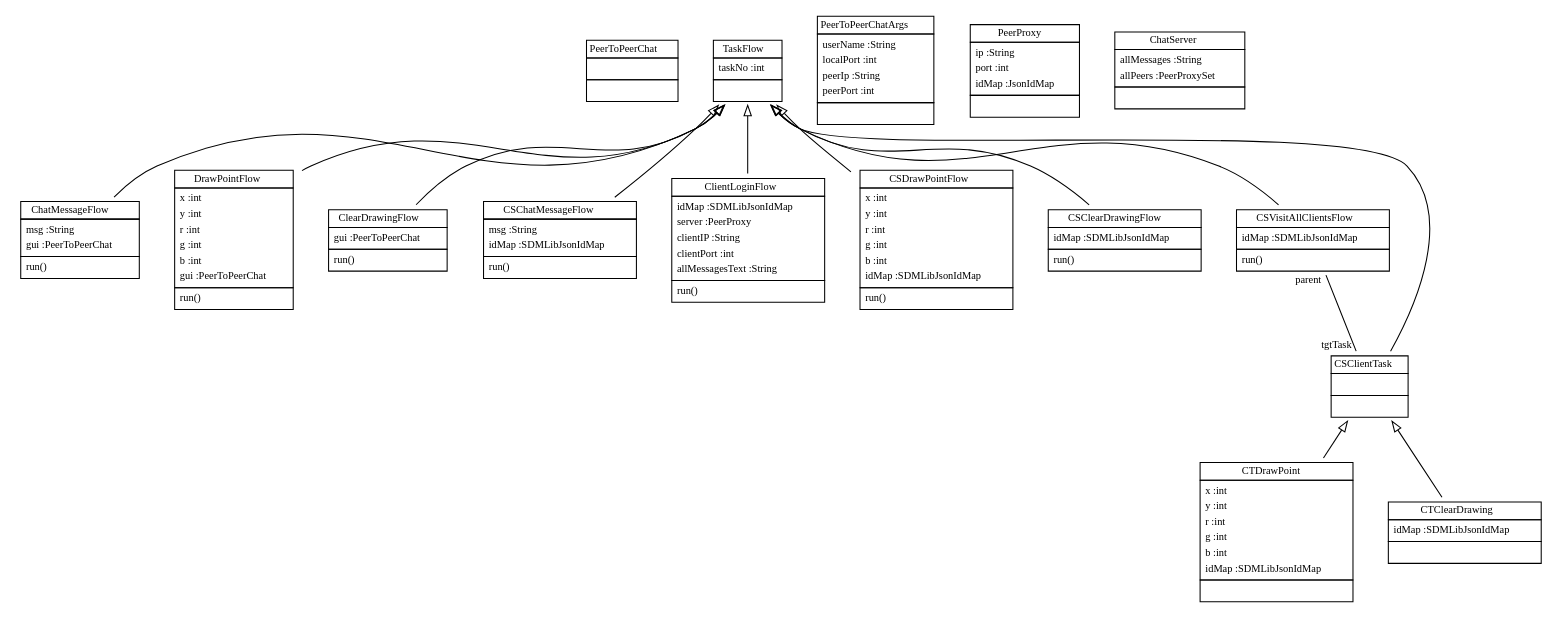
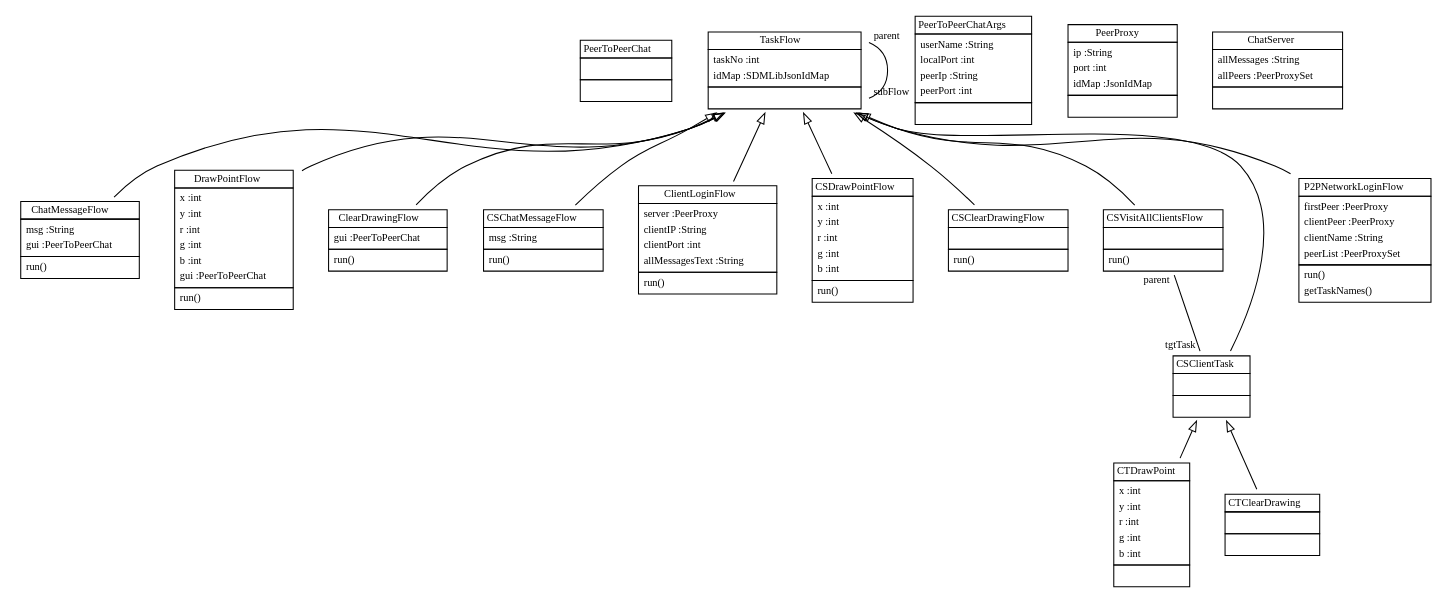
Before and after one commit to fujaba/SDMLib: the diagram in doc/PeerToPeerChatModel.dot, drawn with Graphviz. The commit also changed other lines of this file and 40 other files, not shown here.

```diff
--- a/doc/PeerToPeerChatModel.dot
+++ b/doc/PeerToPeerChatModel.dot
@@ -1,38 +1,41 @@
 
  digraph ClassDiagram {
     node [shape = none, fontsize = 10]; 
     edge [fontsize = 10];
     
     
     _PeerToPeerChat [label=<<table border='0' cellborder='1' cellspacing='0'> <tr> <td HREF="../examples/org/sdmlib/examples/chats/PeerToPeerChat.java">PeerToPeerChat</td> </tr> <tr><td><table border='0' cellborder='0' cellspacing='0'> <tr><td> </td></tr> </table></td></tr> <tr><td><table border='0' cellborder='0' cellspacing='0'> <tr><td> </td></tr> </table></td></tr> </table>>];
-    _TaskFlow [label=<<table border='0' cellborder='1' cellspacing='0'> <tr> <td HREF="../examples/org/sdmlib/model/taskflows/TaskFlow.java">TaskFlow</td> </tr> <tr><td><table border='0' cellborder='0' cellspacing='0'> <tr><td align='left'>taskNo :int</td></tr>  </table></td></tr> <tr><td><table border='0' cellborder='0' cellspacing='0'> <tr><td> </td></tr> </table></td></tr> </table>>];
+    _TaskFlow [label=<<table border='0' cellborder='1' cellspacing='0'> <tr> <td HREF="../examples/org/sdmlib/model/taskflows/TaskFlow.java">TaskFlow</td> </tr> <tr><td><table border='0' cellborder='0' cellspacing='0'> <tr><td align='left'>taskNo :int</td></tr> <tr><td align='left'>idMap :SDMLibJsonIdMap</td></tr>  </table></td></tr> <tr><td><table border='0' cellborder='0' cellspacing='0'> <tr><td> </td></tr> </table></td></tr> </table>>];
     _ChatMessageFlow [label=<<table border='0' cellborder='1' cellspacing='0'> <tr> <td HREF="../examples/org/sdmlib/examples/chats/ChatMessageFlow.java">ChatMessageFlow</td> </tr> <tr><td><table border='0' cellborder='0' cellspacing='0'> <tr><td align='left'>msg :String</td></tr> <tr><td align='left'>gui :PeerToPeerChat</td></tr>  </table></td></tr> <tr><td><table border='0' cellborder='0' cellspacing='0'> <tr><td align='left'>run()</td></tr>  </table></td></tr> </table>>];
     _DrawPointFlow [label=<<table border='0' cellborder='1' cellspacing='0'> <tr> <td HREF="../examples/org/sdmlib/examples/chats/DrawPointFlow.java">DrawPointFlow</td> </tr> <tr><td><table border='0' cellborder='0' cellspacing='0'> <tr><td align='left'>x :int</td></tr> <tr><td align='left'>y :int</td></tr> <tr><td align='left'>r :int</td></tr> <tr><td align='left'>g :int</td></tr> <tr><td align='left'>b :int</td></tr> <tr><td align='left'>gui :PeerToPeerChat</td></tr>  </table></td></tr> <tr><td><table border='0' cellborder='0' cellspacing='0'> <tr><td align='left'>run()</td></tr>  </table></td></tr> </table>>];
     _ClearDrawingFlow [label=<<table border='0' cellborder='1' cellspacing='0'> <tr> <td HREF="../examples/org/sdmlib/examples/chats/ClearDrawingFlow.java">ClearDrawingFlow</td> </tr> <tr><td><table border='0' cellborder='0' cellspacing='0'> <tr><td align='left'>gui :PeerToPeerChat</td></tr>  </table></td></tr> <tr><td><table border='0' cellborder='0' cellspacing='0'> <tr><td align='left'>run()</td></tr>  </table></td></tr> </table>>];
     _PeerToPeerChatArgs [label=<<table border='0' cellborder='1' cellspacing='0'> <tr> <td HREF="../examples/org/sdmlib/examples/chats/PeerToPeerChatArgs.java">PeerToPeerChatArgs</td> </tr> <tr><td><table border='0' cellborder='0' cellspacing='0'> <tr><td align='left'>userName :String</td></tr> <tr><td align='left'>localPort :int</td></tr> <tr><td align='left'>peerIp :String</td></tr> <tr><td align='left'>peerPort :int</td></tr>  </table></td></tr> <tr><td><table border='0' cellborder='0' cellspacing='0'> <tr><td> </td></tr> </table></td></tr> </table>>];
     _PeerProxy [label=<<table border='0' cellborder='1' cellspacing='0'> <tr> <td HREF="../examples/org/sdmlib/model/taskflows/PeerProxy.java">PeerProxy</td> </tr> <tr><td><table border='0' cellborder='0' cellspacing='0'> <tr><td align='left'>ip :String</td></tr> <tr><td align='left'>port :int</td></tr> <tr><td align='left'>idMap :JsonIdMap</td></tr>  </table></td></tr> <tr><td><table border='0' cellborder='0' cellspacing='0'> <tr><td> </td></tr> </table></td></tr> </table>>];
-    _CSChatMessageFlow [label=<<table border='0' cellborder='1' cellspacing='0'> <tr> <td HREF="../examples/org/sdmlib/examples/chats/CSChatMessageFlow.java">CSChatMessageFlow</td> </tr> <tr><td><table border='0' cellborder='0' cellspacing='0'> <tr><td align='left'>msg :String</td></tr> <tr><td align='left'>idMap :SDMLibJsonIdMap</td></tr>  </table></td></tr> <tr><td><table border='0' cellborder='0' cellspacing='0'> <tr><td align='left'>run()</td></tr>  </table></td></tr> </table>>];
+    _CSChatMessageFlow [label=<<table border='0' cellborder='1' cellspacing='0'> <tr> <td HREF="../examples/org/sdmlib/examples/chats/CSChatMessageFlow.java">CSChatMessageFlow</td> </tr> <tr><td><table border='0' cellborder='0' cellspacing='0'> <tr><td align='left'>msg :String</td></tr>  </table></td></tr> <tr><td><table border='0' cellborder='0' cellspacing='0'> <tr><td align='left'>run()</td></tr>  </table></td></tr> </table>>];
     _ChatServer [label=<<table border='0' cellborder='1' cellspacing='0'> <tr> <td HREF="../examples/org/sdmlib/examples/chats/ChatServer.java">ChatServer</td> </tr> <tr><td><table border='0' cellborder='0' cellspacing='0'> <tr><td align='left'>allMessages :String</td></tr> <tr><td align='left'>allPeers :PeerProxySet</td></tr>  </table></td></tr> <tr><td><table border='0' cellborder='0' cellspacing='0'> <tr><td> </td></tr> </table></td></tr> </table>>];
-    _ClientLoginFlow [label=<<table border='0' cellborder='1' cellspacing='0'> <tr> <td HREF="../examples/org/sdmlib/examples/chats/ClientLoginFlow.java">ClientLoginFlow</td> </tr> <tr><td><table border='0' cellborder='0' cellspacing='0'> <tr><td align='left'>idMap :SDMLibJsonIdMap</td></tr> <tr><td align='left'>server :PeerProxy</td></tr> <tr><td align='left'>clientIP :String</td></tr> <tr><td align='left'>clientPort :int</td></tr> <tr><td align='left'>allMessagesText :String</td></tr>  </table></td></tr> <tr><td><table border='0' cellborder='0' cellspacing='0'> <tr><td align='left'>run()</td></tr>  </table></td></tr> </table>>];
-    _CSDrawPointFlow [label=<<table border='0' cellborder='1' cellspacing='0'> <tr> <td HREF="../examples/org/sdmlib/examples/chats/CSDrawPointFlow.java">CSDrawPointFlow</td> </tr> <tr><td><table border='0' cellborder='0' cellspacing='0'> <tr><td align='left'>x :int</td></tr> <tr><td align='left'>y :int</td></tr> <tr><td align='left'>r :int</td></tr> <tr><td align='left'>g :int</td></tr> <tr><td align='left'>b :int</td></tr> <tr><td align='left'>idMap :SDMLibJsonIdMap</td></tr>  </table></td></tr> <tr><td><table border='0' cellborder='0' cellspacing='0'> <tr><td align='left'>run()</td></tr>  </table></td></tr> </table>>];
-    _CSClearDrawingFlow [label=<<table border='0' cellborder='1' cellspacing='0'> <tr> <td HREF="../examples/org/sdmlib/examples/chats/CSClearDrawingFlow.java">CSClearDrawingFlow</td> </tr> <tr><td><table border='0' cellborder='0' cellspacing='0'> <tr><td align='left'>idMap :SDMLibJsonIdMap</td></tr>  </table></td></tr> <tr><td><table border='0' cellborder='0' cellspacing='0'> <tr><td align='left'>run()</td></tr>  </table></td></tr> </table>>];
-    _CSVisitAllClientsFlow [label=<<table border='0' cellborder='1' cellspacing='0'> <tr> <td HREF="../examples/org/sdmlib/examples/chats/CSVisitAllClientsFlow.java">CSVisitAllClientsFlow</td> </tr> <tr><td><table border='0' cellborder='0' cellspacing='0'> <tr><td align='left'>idMap :SDMLibJsonIdMap</td></tr>  </table></td></tr> <tr><td><table border='0' cellborder='0' cellspacing='0'> <tr><td align='left'>run()</td></tr>  </table></td></tr> </table>>];
+    _ClientLoginFlow [label=<<table border='0' cellborder='1' cellspacing='0'> <tr> <td HREF="../examples/org/sdmlib/examples/chats/ClientLoginFlow.java">ClientLoginFlow</td> </tr> <tr><td><table border='0' cellborder='0' cellspacing='0'> <tr><td align='left'>server :PeerProxy</td></tr> <tr><td align='left'>clientIP :String</td></tr> <tr><td align='left'>clientPort :int</td></tr> <tr><td align='left'>allMessagesText :String</td></tr>  </table></td></tr> <tr><td><table border='0' cellborder='0' cellspacing='0'> <tr><td align='left'>run()</td></tr>  </table></td></tr> </table>>];
+    _CSDrawPointFlow [label=<<table border='0' cellborder='1' cellspacing='0'> <tr> <td HREF="../examples/org/sdmlib/examples/chats/CSDrawPointFlow.java">CSDrawPointFlow</td> </tr> <tr><td><table border='0' cellborder='0' cellspacing='0'> <tr><td align='left'>x :int</td></tr> <tr><td align='left'>y :int</td></tr> <tr><td align='left'>r :int</td></tr> <tr><td align='left'>g :int</td></tr> <tr><td align='left'>b :int</td></tr>  </table></td></tr> <tr><td><table border='0' cellborder='0' cellspacing='0'> <tr><td align='left'>run()</td></tr>  </table></td></tr> </table>>];
+    _CSClearDrawingFlow [label=<<table border='0' cellborder='1' cellspacing='0'> <tr> <td HREF="../examples/org/sdmlib/examples/chats/CSClearDrawingFlow.java">CSClearDrawingFlow</td> </tr> <tr><td><table border='0' cellborder='0' cellspacing='0'> <tr><td> </td></tr> </table></td></tr> <tr><td><table border='0' cellborder='0' cellspacing='0'> <tr><td align='left'>run()</td></tr>  </table></td></tr> </table>>];
+    _CSVisitAllClientsFlow [label=<<table border='0' cellborder='1' cellspacing='0'> <tr> <td HREF="../examples/org/sdmlib/examples/chats/CSVisitAllClientsFlow.java">CSVisitAllClientsFlow</td> </tr> <tr><td><table border='0' cellborder='0' cellspacing='0'> <tr><td> </td></tr> </table></td></tr> <tr><td><table border='0' cellborder='0' cellspacing='0'> <tr><td align='left'>run()</td></tr>  </table></td></tr> </table>>];
     _CSClientTask [label=<<table border='0' cellborder='1' cellspacing='0'> <tr> <td HREF="../examples/org/sdmlib/examples/chats/CSClientTask.java">CSClientTask</td> </tr> <tr><td><table border='0' cellborder='0' cellspacing='0'> <tr><td> </td></tr> </table></td></tr> <tr><td><table border='0' cellborder='0' cellspacing='0'> <tr><td> </td></tr> </table></td></tr> </table>>];
-    _CTDrawPoint [label=<<table border='0' cellborder='1' cellspacing='0'> <tr> <td HREF="../examples/org/sdmlib/examples/chats/CTDrawPoint.java">CTDrawPoint</td> </tr> <tr><td><table border='0' cellborder='0' cellspacing='0'> <tr><td align='left'>x :int</td></tr> <tr><td align='left'>y :int</td></tr> <tr><td align='left'>r :int</td></tr> <tr><td align='left'>g :int</td></tr> <tr><td align='left'>b :int</td></tr> <tr><td align='left'>idMap :SDMLibJsonIdMap</td></tr>  </table></td></tr> <tr><td><table border='0' cellborder='0' cellspacing='0'> <tr><td> </td></tr> </table></td></tr> </table>>];
-    _CTClearDrawing [label=<<table border='0' cellborder='1' cellspacing='0'> <tr> <td HREF="../examples/org/sdmlib/examples/chats/CTClearDrawing.java">CTClearDrawing</td> </tr> <tr><td><table border='0' cellborder='0' cellspacing='0'> <tr><td align='left'>idMap :SDMLibJsonIdMap</td></tr>  </table></td></tr> <tr><td><table border='0' cellborder='0' cellspacing='0'> <tr><td> </td></tr> </table></td></tr> </table>>];
+    _CTDrawPoint [label=<<table border='0' cellborder='1' cellspacing='0'> <tr> <td HREF="../examples/org/sdmlib/examples/chats/CTDrawPoint.java">CTDrawPoint</td> </tr> <tr><td><table border='0' cellborder='0' cellspacing='0'> <tr><td align='left'>x :int</td></tr> <tr><td align='left'>y :int</td></tr> <tr><td align='left'>r :int</td></tr> <tr><td align='left'>g :int</td></tr> <tr><td align='left'>b :int</td></tr>  </table></td></tr> <tr><td><table border='0' cellborder='0' cellspacing='0'> <tr><td> </td></tr> </table></td></tr> </table>>];
+    _CTClearDrawing [label=<<table border='0' cellborder='1' cellspacing='0'> <tr> <td HREF="../examples/org/sdmlib/examples/chats/CTClearDrawing.java">CTClearDrawing</td> </tr> <tr><td><table border='0' cellborder='0' cellspacing='0'> <tr><td> </td></tr> </table></td></tr> <tr><td><table border='0' cellborder='0' cellspacing='0'> <tr><td> </td></tr> </table></td></tr> </table>>];
+    _P2PNetworkLoginFlow [label=<<table border='0' cellborder='1' cellspacing='0'> <tr> <td HREF="../examples/org/sdmlib/examples/chats/P2PNetworkLoginFlow.java">P2PNetworkLoginFlow</td> </tr> <tr><td><table border='0' cellborder='0' cellspacing='0'> <tr><td align='left'>firstPeer :PeerProxy</td></tr> <tr><td align='left'>clientPeer :PeerProxy</td></tr> <tr><td align='left'>clientName :String</td></tr> <tr><td align='left'>peerList :PeerProxySet</td></tr>  </table></td></tr> <tr><td><table border='0' cellborder='0' cellspacing='0'> <tr><td align='left'>run()</td></tr> <tr><td align='left'>getTaskNames()</td></tr>  </table></td></tr> </table>>];
     
     
     
     _TaskFlow ->  _ChatMessageFlow [dir = "back" arrowtail = "empty"];
     _TaskFlow ->  _DrawPointFlow [dir = "back" arrowtail = "empty"];
     _TaskFlow ->  _ClearDrawingFlow [dir = "back" arrowtail = "empty"];
     _TaskFlow ->  _CSChatMessageFlow [dir = "back" arrowtail = "empty"];
     _TaskFlow ->  _ClientLoginFlow [dir = "back" arrowtail = "empty"];
     _TaskFlow ->  _CSDrawPointFlow [dir = "back" arrowtail = "empty"];
     _TaskFlow ->  _CSClearDrawingFlow [dir = "back" arrowtail = "empty"];
     _TaskFlow ->  _CSVisitAllClientsFlow [dir = "back" arrowtail = "empty"];
     _TaskFlow ->  _CSClientTask [dir = "back" arrowtail = "empty"];
     _CSClientTask ->  _CTDrawPoint [dir = "back" arrowtail = "empty"];
     _CSClientTask ->  _CTClearDrawing [dir = "back" arrowtail = "empty"];
+    _TaskFlow ->  _P2PNetworkLoginFlow [dir = "back" arrowtail = "empty"];
+    _TaskFlow -> _TaskFlow [headlabel = "subFlow" taillabel = "parent" arrowhead = "none" ];
     _CSVisitAllClientsFlow -> _CSClientTask [headlabel = "tgtTask" taillabel = "parent" arrowhead = "none" ];
 }
```
